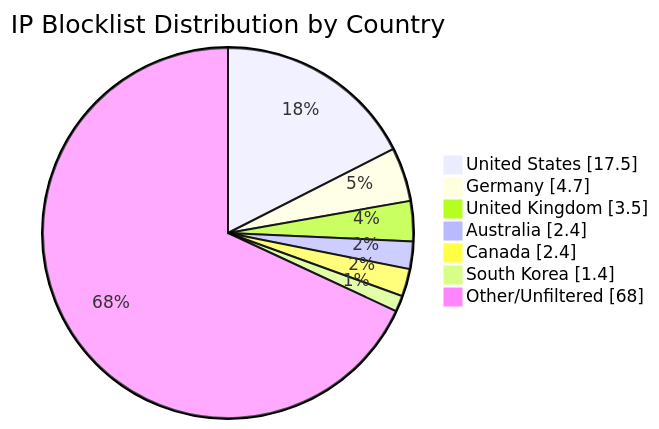
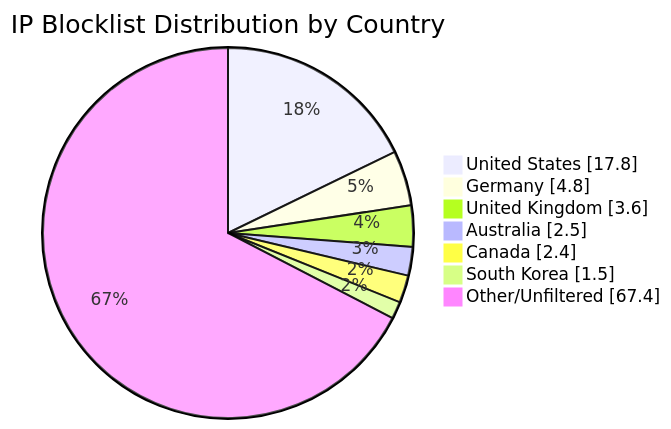
One commit to MarcusHoltz/ipblocklist-geofiltered-aggregator changed the diagram in README.md. Above: the diagram before and after it, drawn with Mermaid. The commit also changed other lines of this file and 9 other files, not shown here.

````diff
--- a/README.md
+++ b/README.md
@@ -34,10 +34,10 @@
 ```mermaid
 pie showData title IP Blocklist Distribution by Country
-"United States" : 17.5
-"Germany" : 4.7
-"United Kingdom" : 3.5
-"Australia" : 2.4
+"United States" : 17.8
+"Germany" : 4.8
+"United Kingdom" : 3.6
+"Australia" : 2.5
 "Canada" : 2.4
-"South Korea" : 1.4
-"Other/Unfiltered" : 68.0
+"South Korea" : 1.5
+"Other/Unfiltered" : 67.4
 ```
````
